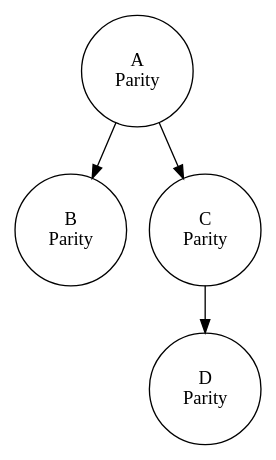
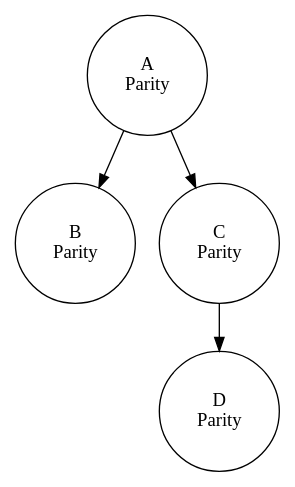
The diagram in figure-2.dot (licensezero/guide.licensezero.com), drawn with Graphviz before and after one commit. The commit also changed 2 other files, not shown here.

Commit message:
Make license-graph nodes a uniform size

```diff
--- a/figure-2.dot
+++ b/figure-2.dot
@@ -1,9 +1,9 @@
 digraph {
-  node [shape=circle];
+  node [shape=circle,width=1.25];
   A[label="A\nParity"];
   B[label="B\nParity"];
   C[label="C\nParity"];
   D[label="D\nParity"];
   A -> B, C;
   C -> D;
 }
```
